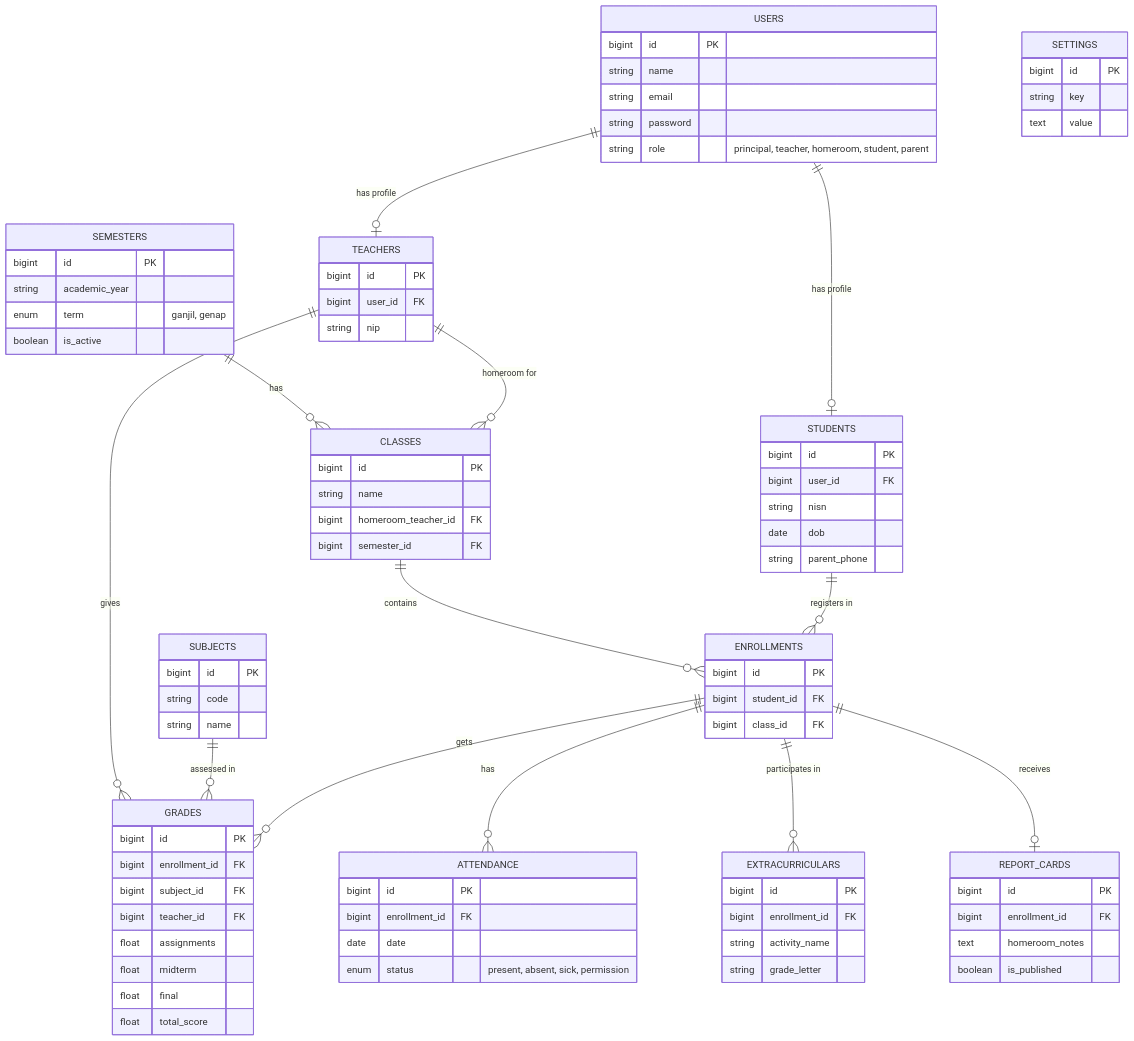
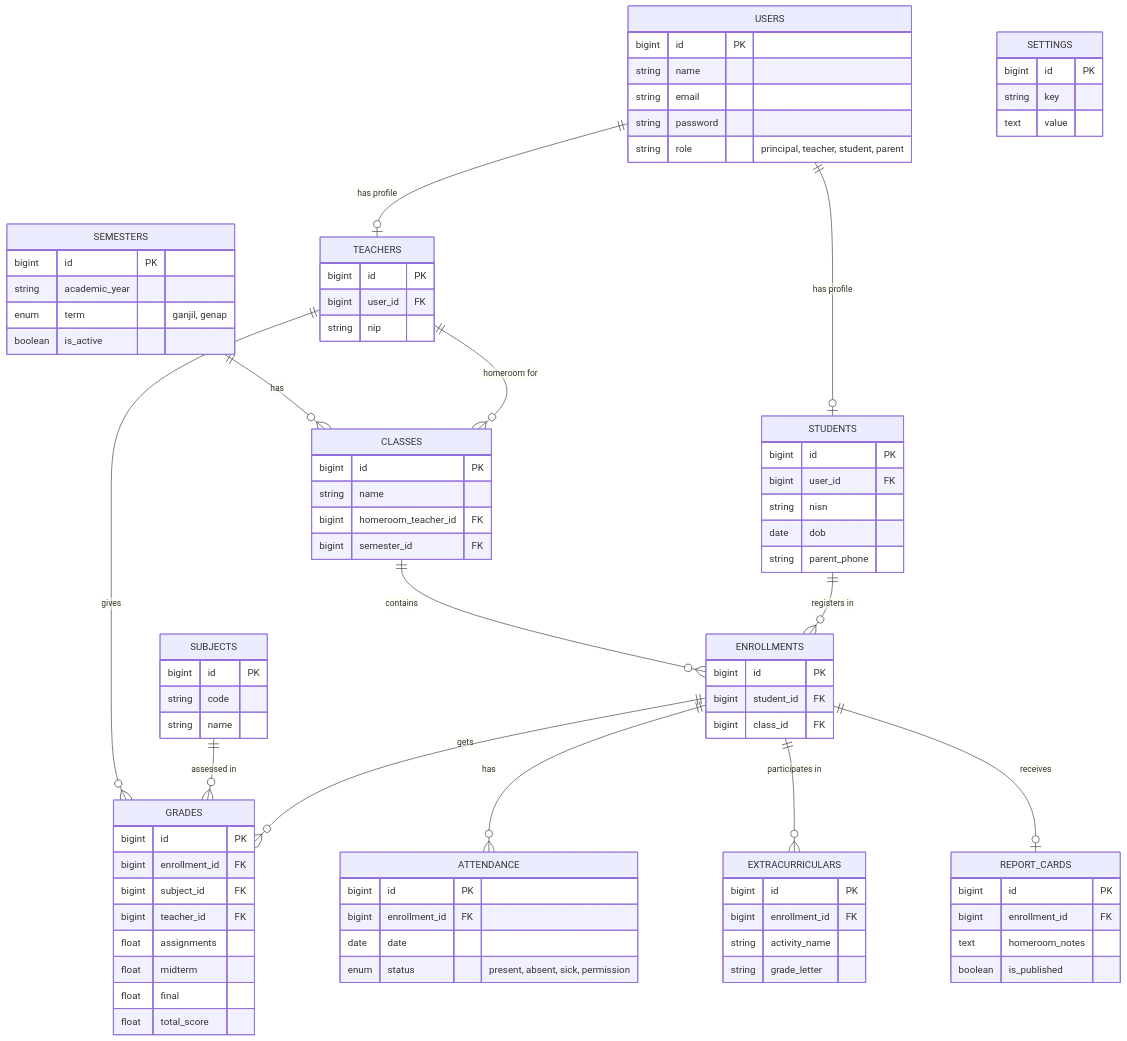
Before and after one commit to nazwaaryuni/UAS_JelajahKu: the diagram in PRD.md, drawn with Mermaid. The commit also changed 15 other files, not shown here.

```diff
--- a/PRD.md
+++ b/PRD.md
@@ -54,7 +54,7 @@
         string name
         string email
         string password
-        string role "principal, teacher, homeroom, student, parent"
+        string role "principal, teacher, student, parent"
     }
     
     STUDENTS {
```
